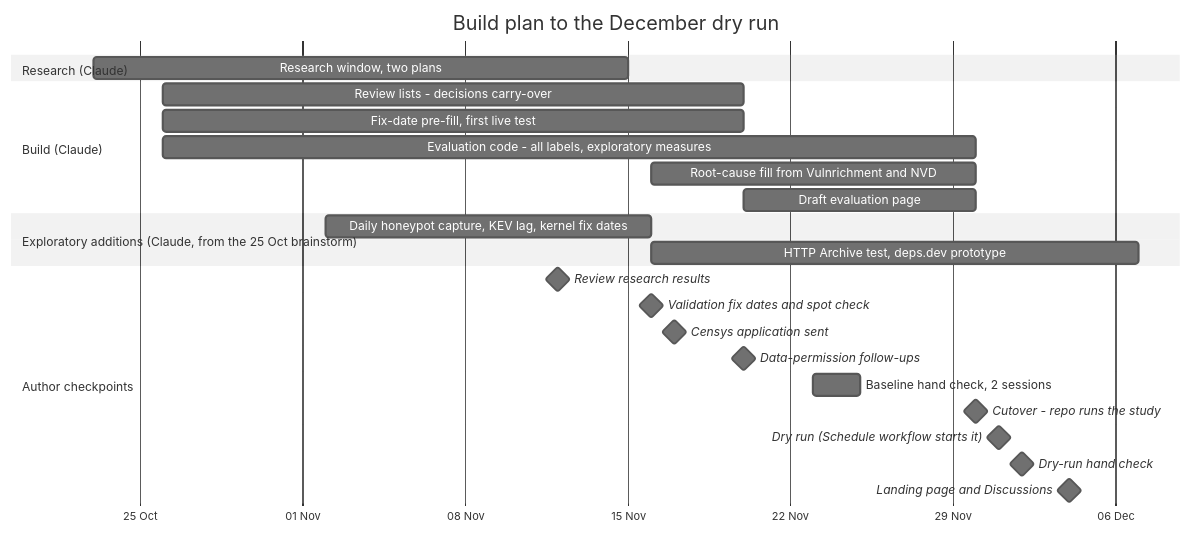
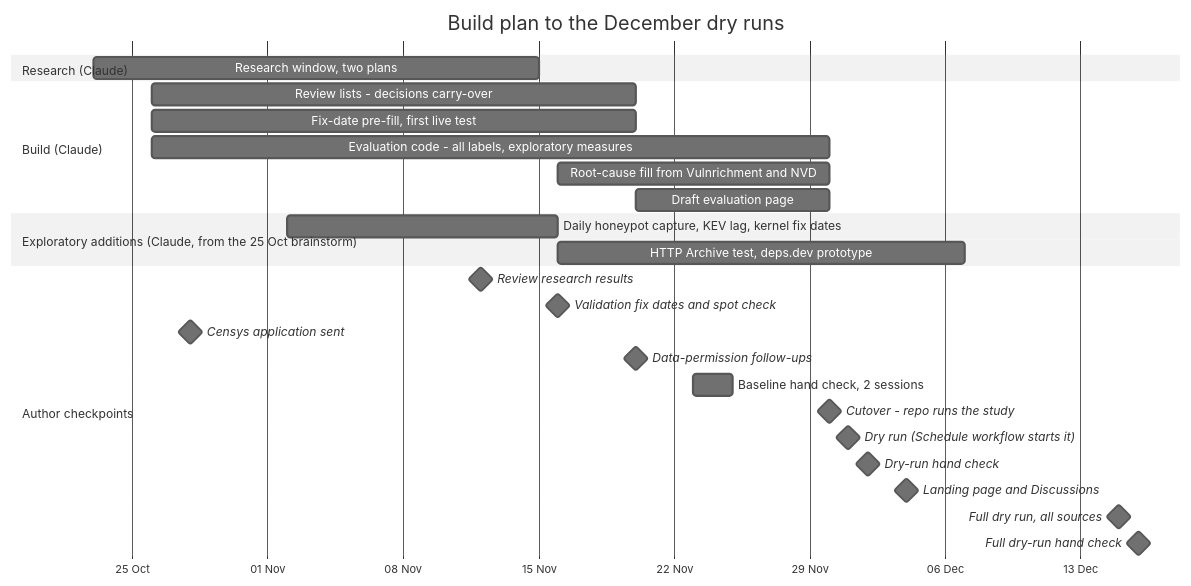
The diagram in docs/diagrams/build_plan.mmd (pagagne/internet-security-snapshot), drawn with Mermaid (neutral theme) before and after one commit. The commit also changed 9 other files, not shown here.

First line of the commit message:
Full dry run on 15 Dec with all available sources (author's request, 26 Oct): prep 11 Dec, run, Claude review, author hand check 16 Dec, findings to the 21 Dec session; README milestone; build plan and diagram (also Censys date corrected to 28 Oct); freeze decisions, spec and methodology timeline

```diff
--- a/docs/diagrams/build_plan.mmd
+++ b/docs/diagrams/build_plan.mmd
@@ -1,26 +1,28 @@
 gantt
-  title Build plan to the December dry run
+  title Build plan to the December dry runs
   dateFormat YYYY-MM-DD
   axisFormat %d %b
   tickInterval 1week
   section Research (Claude)
     Research window, two plans         :2026-10-23, 2026-11-15
   section Build (Claude)
     Review lists - decisions carry-over  :2026-10-26, 2026-11-20
     Fix-date pre-fill, first live test  :2026-10-26, 2026-11-20
     Evaluation code - all labels, exploratory measures :2026-10-26, 2026-11-30
     Root-cause fill from Vulnrichment and NVD :2026-11-16, 2026-11-30
     Draft evaluation page               :2026-11-20, 2026-11-30
   section Exploratory additions (Claude, from the 25 Oct brainstorm)
     Daily honeypot capture, KEV lag, kernel fix dates :2026-11-02, 2026-11-16
     HTTP Archive test, deps.dev prototype :2026-11-16, 2026-12-07
   section Author checkpoints
     Review research results             :milestone, 2026-11-12, 0d
     Validation fix dates and spot check :milestone, 2026-11-16, 0d
-    Censys application sent             :milestone, 2026-11-17, 0d
+    Censys application sent             :milestone, 2026-10-28, 0d
     Data-permission follow-ups          :milestone, 2026-11-20, 0d
     Baseline hand check, 2 sessions     :2026-11-23, 2d
     Cutover - repo runs the study       :milestone, 2026-11-30, 0d
     Dry run (Schedule workflow starts it) :milestone, 2026-12-01, 0d
     Dry-run hand check                  :milestone, 2026-12-02, 0d
     Landing page and Discussions        :milestone, 2026-12-04, 0d
+    Full dry run, all sources            :milestone, 2026-12-15, 0d
+    Full dry-run hand check              :milestone, 2026-12-16, 0d
```
